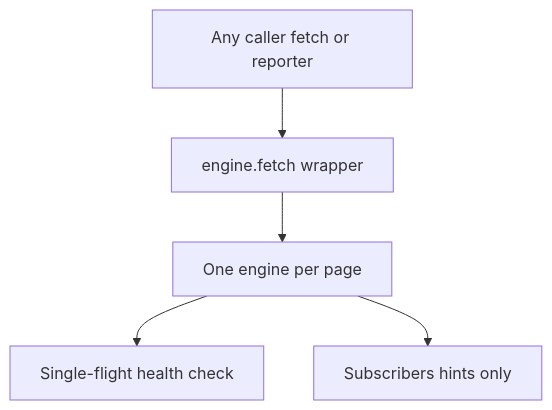
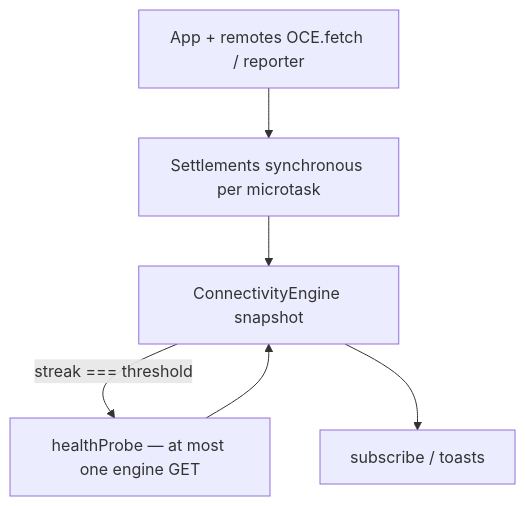
Before and after one commit to Underwood-Inc/idling.app__UI: the diagram in src/guides/offline-connectivity-engine/architecture.md, drawn with Mermaid. The commit also changed other lines of this file and 10 other files, not shown here.

First line of the commit message:
fix(oce): coalesce health probes and sync documentation (#397)

````diff
--- a/src/guides/offline-connectivity-engine/architecture.md
+++ b/src/guides/offline-connectivity-engine/architecture.md
@@ -35,11 +25,11 @@
 ```mermaid
 flowchart TD
-  callers[Any caller fetch or reporter]
-  attach[engine.fetch wrapper]
-  engine[One engine per page]
-  probe[Single-flight health check]
-  callers --> attach
-  attach --> engine
-  engine --> probe
-  engine --> readers[Subscribers hints only]
+  traffic[App + remotes OCE.fetch / reporter]
+  settle[Settlements synchronous per microtask]
+  engine[ConnectivityEngine snapshot]
+  health[healthProbe — at most one engine GET]
+  traffic --> settle --> engine
+  engine -->|streak === threshold| health
+  health --> engine
+  engine --> ui[subscribe / toasts]
 ```
````
